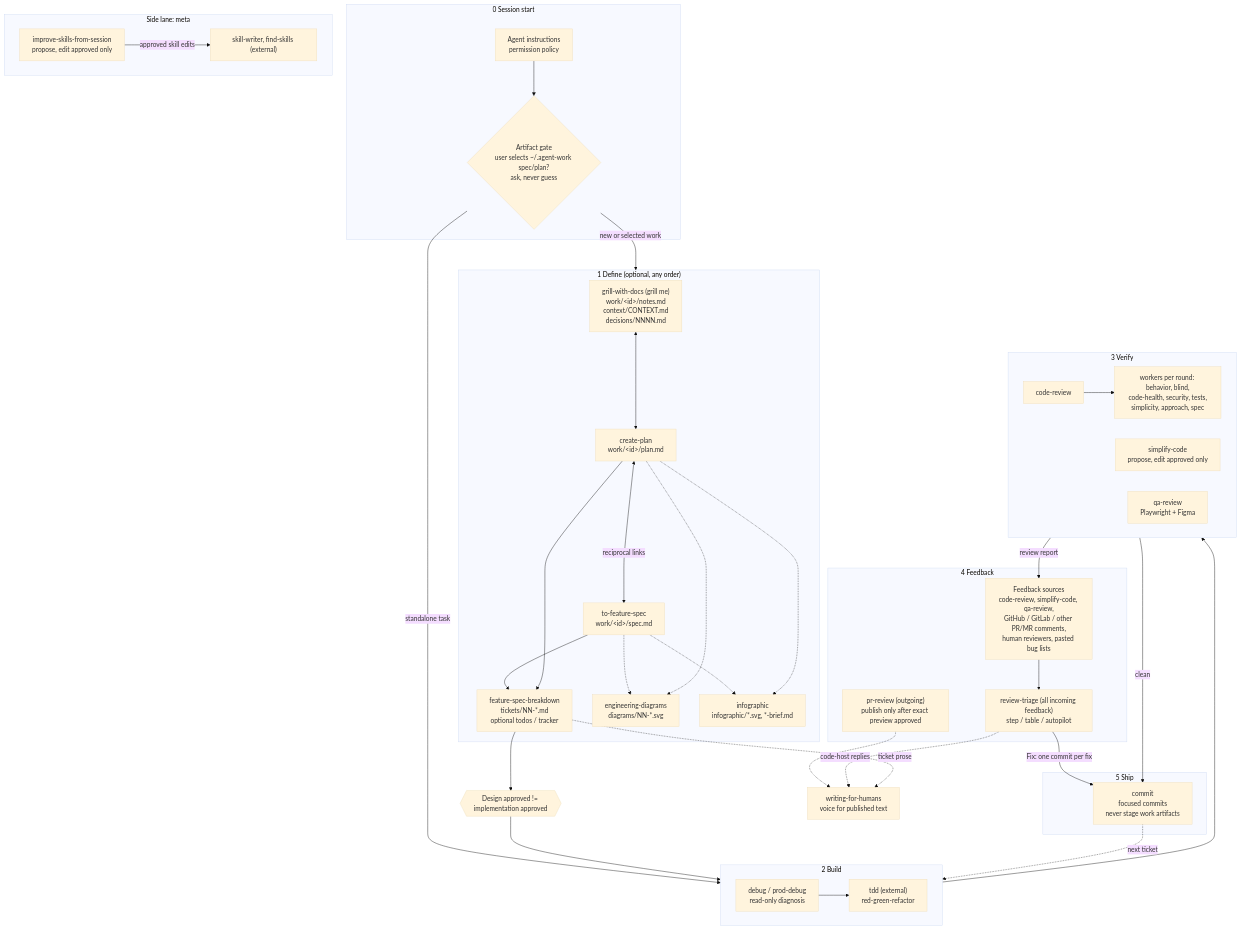
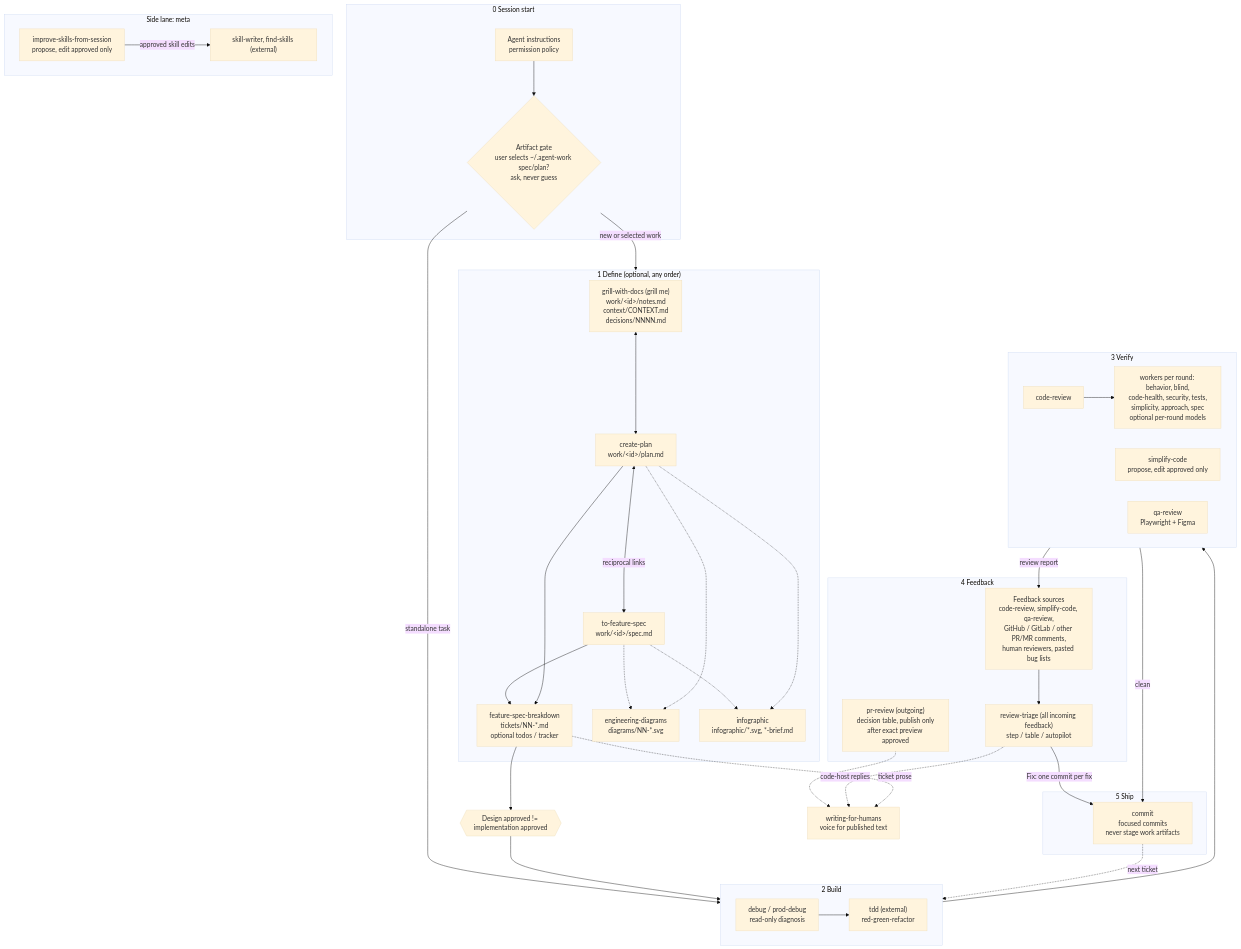
Before and after one commit to drosam/agents: the diagram in README.md, drawn with Mermaid (base theme).

Commit message:
Show per-round models and the PR review decision table in the workflow diagram

````diff
--- a/README.md
+++ b/README.md
@@ -14,72 +14,72 @@
 ```mermaid
 flowchart TD
     subgraph S0["0 Session start"]
         rules["Agent instructions<br/>permission policy"]
         gate{"Artifact gate<br/>user selects ~/.agent-work spec/plan?<br/>ask, never guess"}
         rules --> gate
     end
 
     subgraph S1["1 Define (optional, any order)"]
         grill["grill-with-docs (grill me)<br/>work/&lt;id&gt;/notes.md<br/>context/CONTEXT.md<br/>decisions/NNNN.md"]
         plan["create-plan<br/>work/&lt;id&gt;/plan.md"]
         spec["to-feature-spec<br/>work/&lt;id&gt;/spec.md"]
         breakdown["feature-spec-breakdown<br/>tickets/NN-*.md<br/>optional todos / tracker"]
         diagrams["engineering-diagrams<br/>diagrams/NN-*.svg"]
         infographic["infographic<br/>infographic/*.svg, *-brief.md"]
         grill <--> plan
         plan <-->|reciprocal links| spec
         spec --> breakdown
         plan --> breakdown
         spec -.-> diagrams
         plan -.-> diagrams
         spec -.-> infographic
         plan -.-> infographic
     end
 
     approve{{"Design approved != implementation approved"}}
 
     subgraph S2["2 Build"]
         tdd["tdd (external)<br/>red-green-refactor"]
         debug["debug / prod-debug<br/>read-only diagnosis"]
     end
 
     subgraph S3["3 Verify"]
         review["code-review"]
-        workers["workers per round: behavior, blind,<br/>code-health, security, tests,<br/>simplicity, approach, spec"]
+        workers["workers per round: behavior, blind,<br/>code-health, security, tests,<br/>simplicity, approach, spec<br/>optional per-round models"]
         simplify["simplify-code<br/>propose, edit approved only"]
         qa["qa-review<br/>Playwright + Figma"]
         review --> workers
     end
 
     subgraph S4["4 Feedback"]
         triage["review-triage (all incoming feedback)<br/>step / table / autopilot"]
         sources["Feedback sources<br/>code-review, simplify-code, qa-review,<br/>GitHub / GitLab / other PR/MR comments,<br/>human reviewers, pasted bug lists"]
         sources --> triage
-        prr["pr-review (outgoing)<br/>publish only after exact preview approved"]
+        prr["pr-review (outgoing)<br/>decision table, publish only<br/>after exact preview approved"]
     end
 
     subgraph S5["5 Ship"]
         commit["commit<br/>focused commits<br/>never stage work artifacts"]
     end
 
     subgraph META["Side lane: meta"]
         improve["improve-skills-from-session<br/>propose, edit approved only"]
         meta["skill-writer, find-skills (external)"]
         improve -->|approved skill edits| meta
     end
 
     voice["writing-for-humans<br/>voice for published text"]
     prr -.-> voice
     triage -.->|code-host replies| voice
     breakdown -.->|ticket prose| voice
 
     gate -->|new or selected work| S1
     gate -->|standalone task| S2
     breakdown --> approve --> S2
     debug --> tdd
     S2 --> S3
     S3 -->|review report| sources
     triage -->|Fix: one commit per fix| commit
     S3 -->|clean| commit
     commit -.->|next ticket| S2
 ```
````
